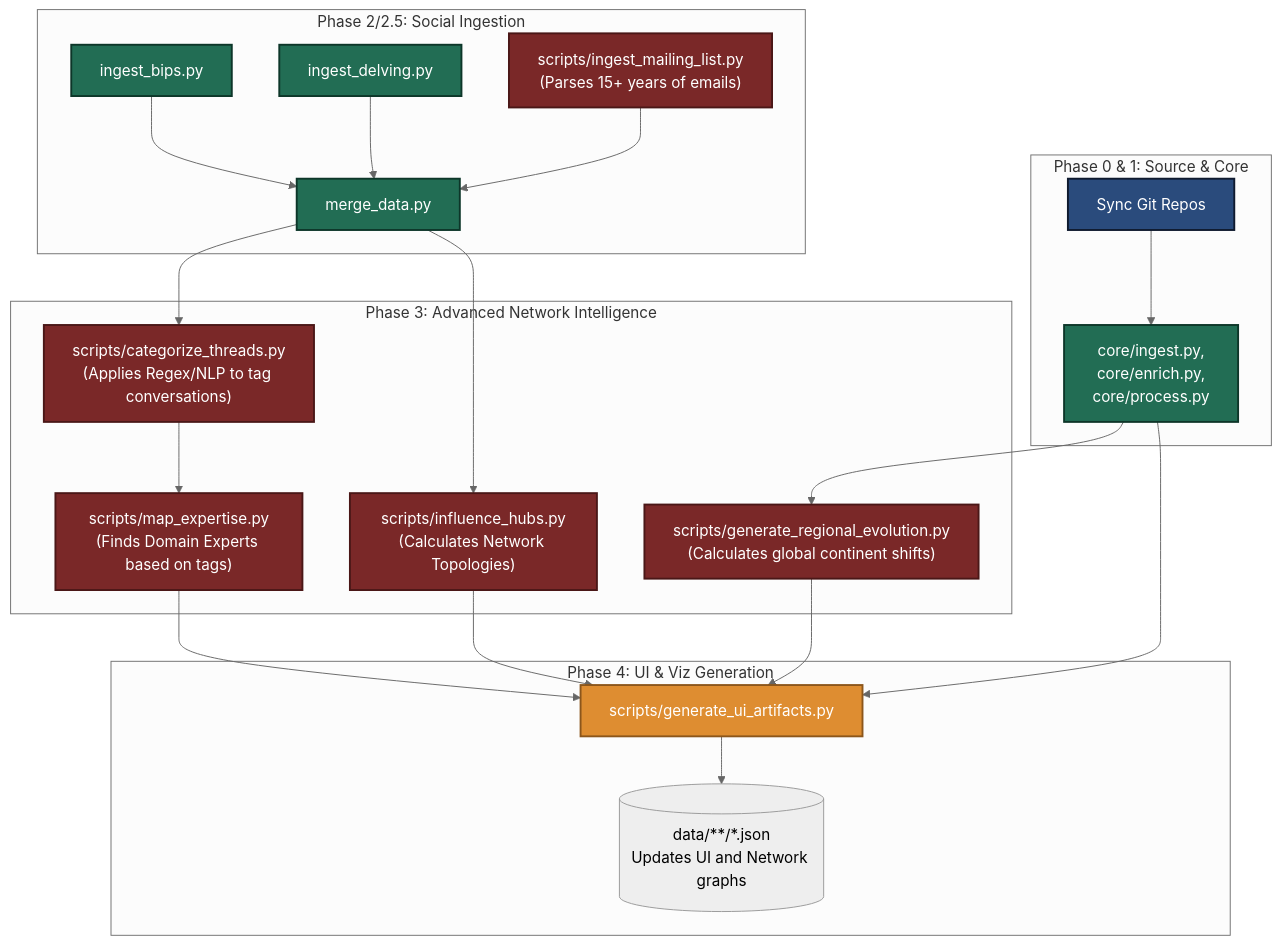
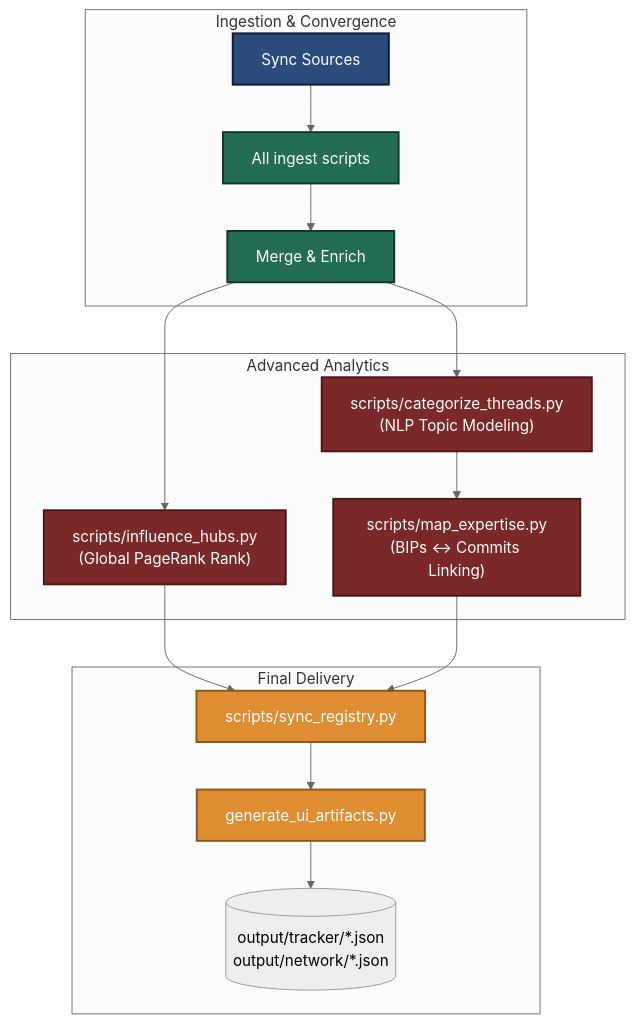
The second of 2 diagrams in docs/ORCHESTRATION_FLOW.md (sorukumar/orange-dev-data), drawn with Mermaid (neutral theme) before and after one commit. The commit also changed other lines of this file and 157 other files, not shown here.

Commit message:
Refactor: Implement Tiered Data Architecture and Numbered Script Chain

````diff
--- a/docs/ORCHESTRATION_FLOW.md
+++ b/docs/ORCHESTRATION_FLOW.md
@@ -62,41 +58,28 @@
 ```mermaid
 graph TD
     classDef sync fill:#2A4B7C,stroke:#0f1a2e,stroke-width:2px,color:#fff
     classDef fast fill:#226D54,stroke:#0d3629,stroke-width:2px,color:#fff
     classDef heavy fill:#7A2828,stroke:#4a1717,stroke-width:2px,color:#fff
     classDef output fill:#DE8D31,stroke:#8c561b,stroke-width:2px,color:#fff
 
-    %% PHASE 0 & 1
-    subgraph Quick_Ingestion ["Phase 0 & 1: Source & Core"]
-        raw[Sync Git Repos]:::sync --> core_processing[core/ingest.py,\ncore/enrich.py,\ncore/process.py]:::fast
+    %% INGESTION
+    subgraph Ingestion [Ingestion & Convergence]
+        raw[Sync Sources]:::sync --> stage1[All ingest scripts]:::fast
+        stage1 --> stage2[Merge & Enrich]:::fast
     end
 
-    %% PHASE 2
-    subgraph Phase2 ["Phase 2/2.5: Social Ingestion"]
-        bips[ingest_bips.py]:::fast
-        delving[ingest_delving.py]:::fast
-        mailing["scripts/ingest_mailing_list.py\n(Parses 15+ years of emails)"]:::heavy
-        
-        bips --> merging["merge_data.py"]:::fast
-        delving --> merging
-        mailing --> merging
+    %% ANALYTICS
+    subgraph Analytics [Advanced Analytics]
+        stage2 --> nlp["scripts/categorize_threads.py\n(NLP Topic Modeling)"]:::heavy
+        stage2 --> pagerank["scripts/influence_hubs.py\n(Global PageRank Rank)"]:::heavy
+        nlp --> map["scripts/map_expertise.py\n(BIPs <-> Commits Linking)"]:::heavy
     end
 
-    %% PHASE 3
-    subgraph Phase3 ["Phase 3: Advanced Network Intelligence"]
-        merging --> nlp["scripts/categorize_threads.py\n(Applies Regex/NLP to tag conversations)"]:::heavy
-        merging --> pagerank["scripts/influence_hubs.py\n(Calculates Network Topologies)"]:::heavy
-        nlp --> expertise["scripts/map_expertise.py\n(Finds Domain Experts based on tags)"]:::heavy
-        core_processing --> geo["scripts/generate_regional_evolution.py\n(Calculates global continent shifts)"]:::heavy
-    end
-
-    %% PHASE 4
-    subgraph Phase4 ["Phase 4: UI & Viz Generation"]
-        core_processing --> ui_gen["scripts/generate_ui_artifacts.py"]:::output
-        pagerank --> ui_gen
-        expertise --> ui_gen
-        geo --> ui_gen
-        
-        ui_gen --> data_json[("data/**/*.json\nUpdates UI and Network graphs")]
+    %% DELIVERY
+    subgraph Delivery [Final Delivery]
+        pagerank --> sync_all["scripts/sync_registry.py"]:::output
+        map --> sync_all
+        sync_all --> artifacts["generate_ui_artifacts.py"]:::output
+        artifacts --> last_mile[("output/tracker/*.json\noutput/network/*.json")]
     end
 ```
````
